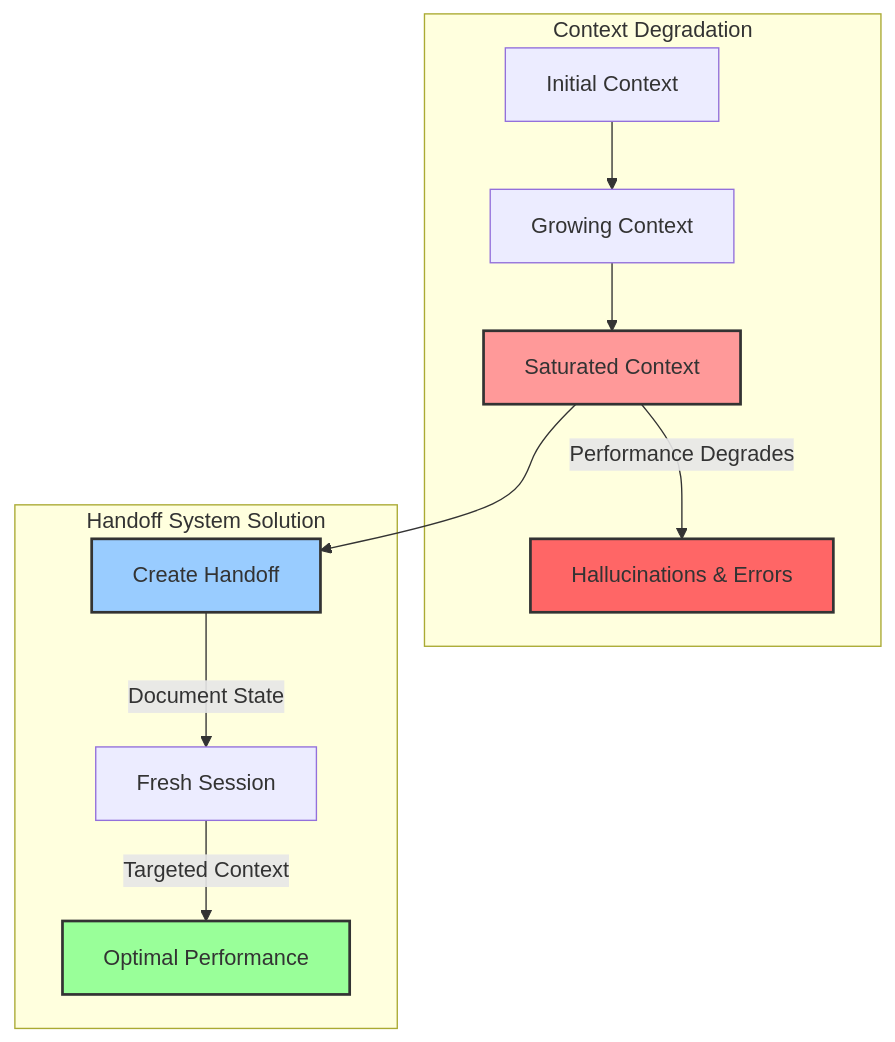
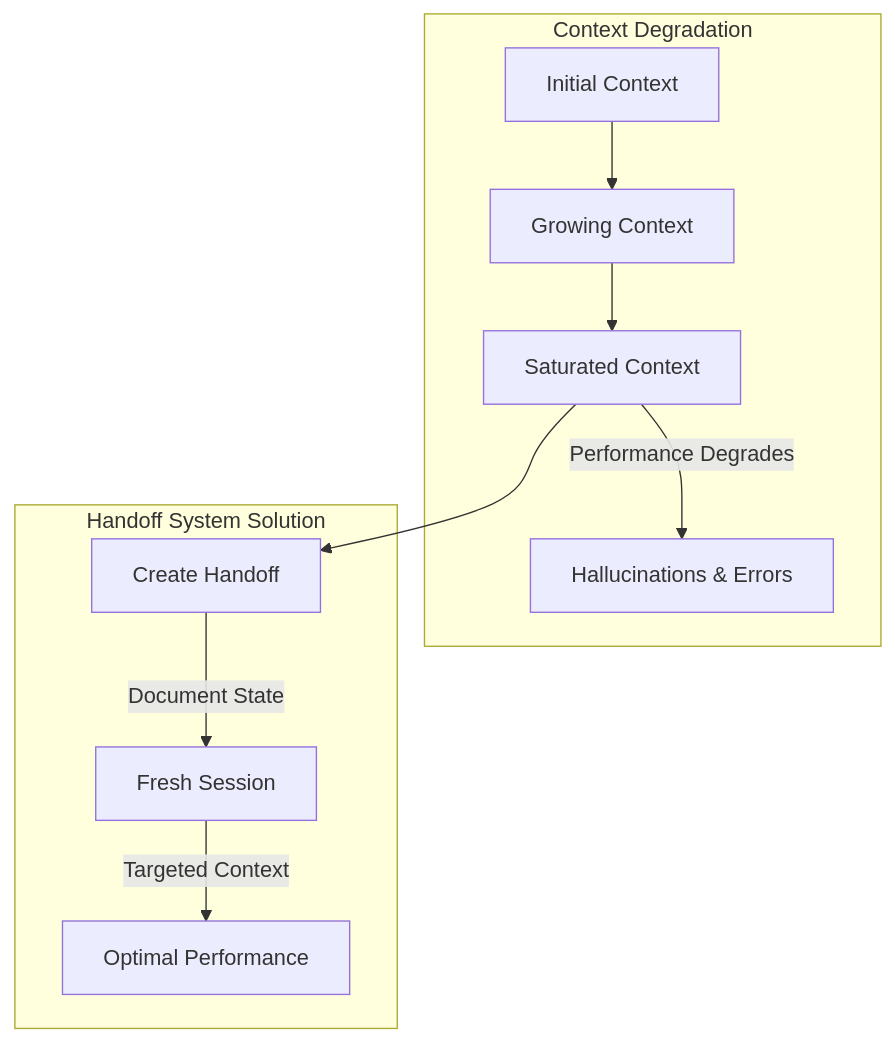
One commit to xlfish233/RooFlow changed the first of 6 diagrams in handoffs/handoff-system.md. Above: the diagram before and after it, drawn with Mermaid. The commit also changed other lines of this file and 3 other files, not shown here.

Commit message:
Updated user paths and fixed bad mermaid colors

````diff
--- a/handoffs/handoff-system.md
+++ b/handoffs/handoff-system.md
@@ -18,20 +20,16 @@
 ```mermaid
 graph TD
     subgraph "Context Degradation"
         A[Initial Context] --> B[Growing Context]
         B --> C[Saturated Context]
         C -->|Performance Degrades| D[Hallucinations & Errors]
     end
     
     subgraph "Handoff System Solution"
         E[Create Handoff] -->|Document State| F[Fresh Session]
         F -->|Targeted Context| G[Optimal Performance]
     end
     
     C --> E
     
-    style C fill:#f99,stroke:#333,stroke-width:2px
-    style D fill:#f66,stroke:#333,stroke-width:2px
-    style E fill:#9cf,stroke:#333,stroke-width:2px
-    style G fill:#9f9,stroke:#333,stroke-width:2px
 ```
````
